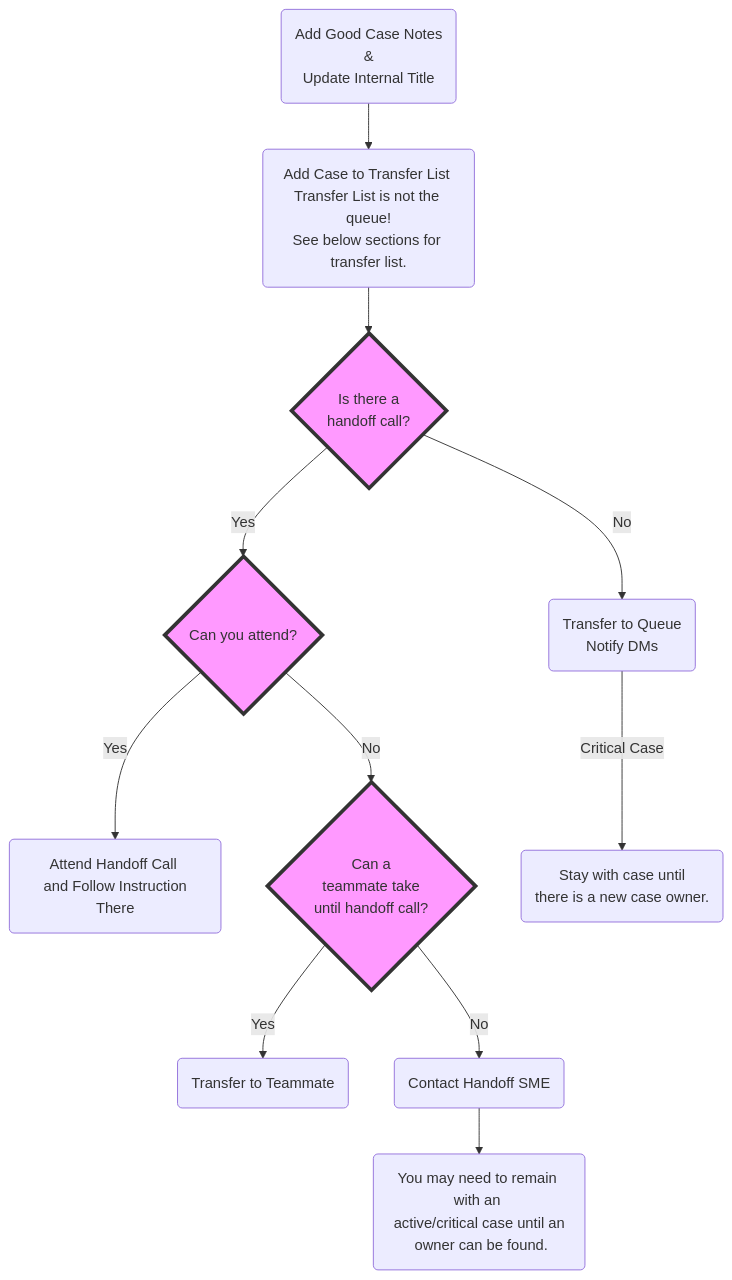
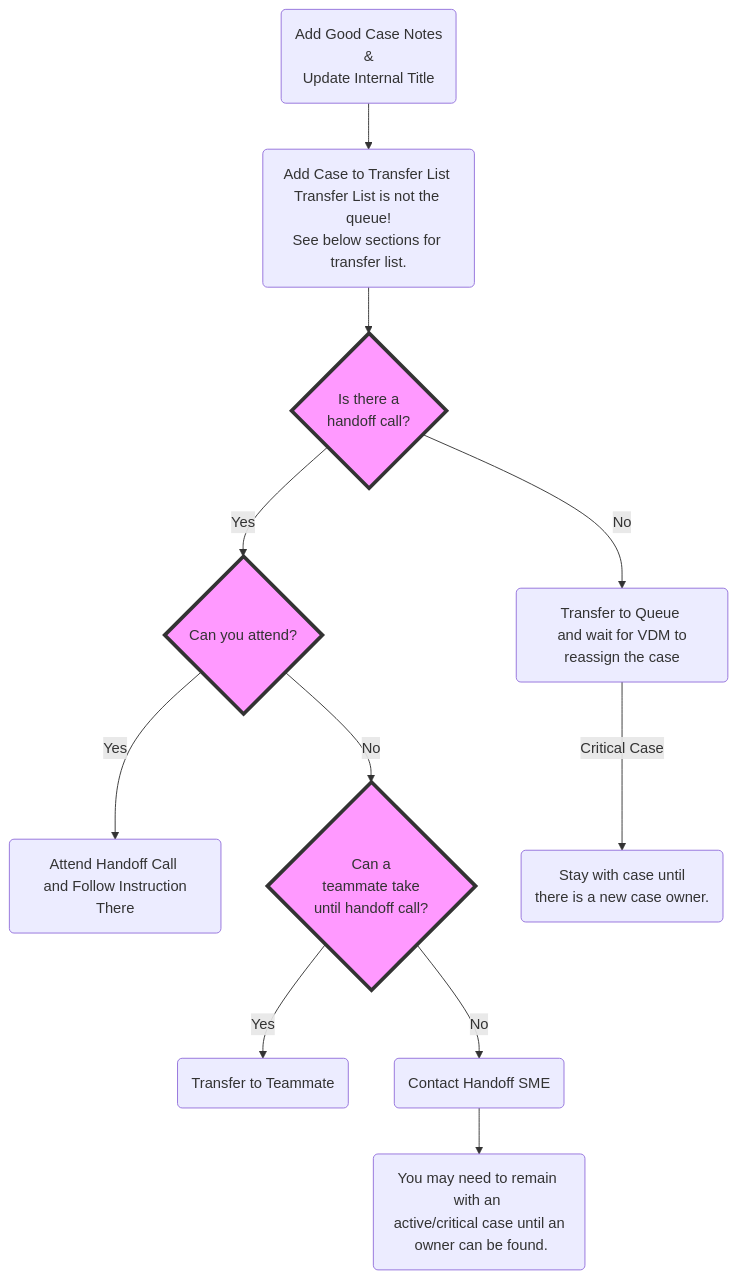
Before and after one commit to santi1s/Big-Data: the diagram in Big-Data/Support-Engineer-Best-Practices/Case-Management/Case-Handoff-Process.md, drawn with Mermaid.

Commit message:
Updated Case Handoff Process

```diff
--- a/Big-Data/Support-Engineer-Best-Practices/Case-Management/Case-Handoff-Process.md
+++ b/Big-Data/Support-Engineer-Best-Practices/Case-Management/Case-Handoff-Process.md
@@ -27,16 +27,16 @@
 ::: mermaid
 graph TD
     A(Add Good Case Notes <br> & <br> Update Internal Title) --> B(Add Case to Transfer List <br>Transfer List is not the queue!<br>See below sections for transfer list.)
     B --> C{Is there a <br> handoff call?}
     C -->|Yes| D{Can you attend?}
 D -->|Yes| F(Attend Handoff Call <br> and Follow Instruction There)
 D -->|No| I{Can a <br> teammate take <br> until handoff call?}
-    C -->|No| E(Transfer to Queue <br> Notify DMs)
+    C -->|No| E(Transfer to Queue <br> and wait for VDM to reassign the case)
 E -->|Critical Case| H(Stay with case until <br> there is a new case owner.)
 I-->|Yes| J(Transfer to Teammate)
 I --> |No| K(Contact Handoff SME)
 K --> L(You may need to remain with an <br> active/critical case until an <br> owner can be found.)
     style D fill:#f9f,stroke:#333,stroke-width:4px
  style C fill:#f9f,stroke:#333,stroke-width:4px
  style I fill:#f9f,stroke:#333,stroke-width:4px
 :::
```
